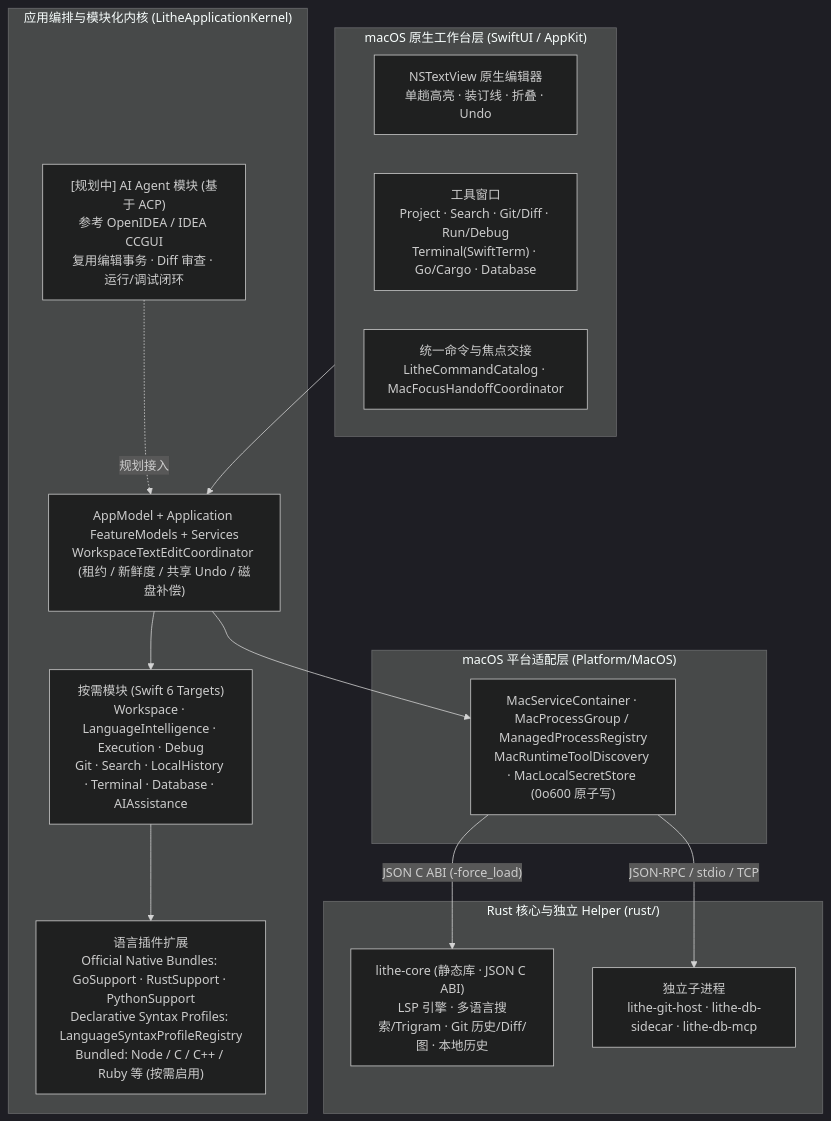
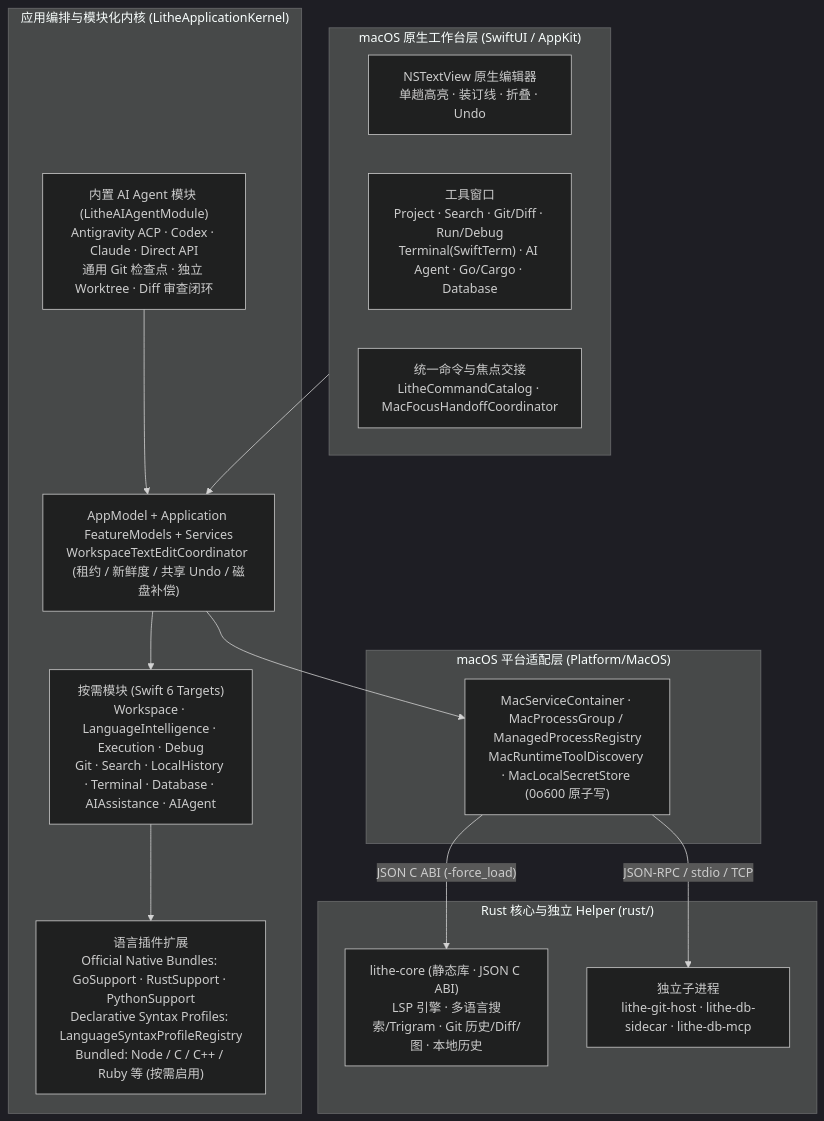
Before and after one commit to JimWen/Lithe-IDEA: the diagram in docs/architecture/goland-parity-implementation.md, drawn with Mermaid (dark theme). The commit also changed other lines of this file and 3 other files, not shown here.

Commit message:
docs: sync AI Agent (T3 Code + Antigravity ACP) architecture, roadmap, and README

````diff
--- a/docs/architecture/goland-parity-implementation.md
+++ b/docs/architecture/goland-parity-implementation.md
@@ -20,32 +20,32 @@
 ```mermaid
 flowchart TB
     subgraph UI["macOS 原生工作台层 (SwiftUI / AppKit)"]
         Editor["NSTextView 原生编辑器\n单趟高亮 · 装订线 · 折叠 · Undo"]
-        Panels["工具窗口\nProject · Search · Git/Diff · Run/Debug\nTerminal(SwiftTerm) · Go/Cargo · Database"]
+        Panels["工具窗口\nProject · Search · Git/Diff · Run/Debug\nTerminal(SwiftTerm) · AI Agent · Go/Cargo · Database"]
         Cmd["统一命令与焦点交接\nLitheCommandCatalog · MacFocusHandoffCoordinator"]
     end
 
     subgraph App["应用编排与模块化内核 (LitheApplicationKernel)"]
         AppModel["AppModel + Application FeatureModels + Services\nWorkspaceTextEditCoordinator (租约 / 新鲜度 / 共享 Undo / 磁盘补偿)"]
-        Modules["按需模块 (Swift 6 Targets)\nWorkspace · LanguageIntelligence · Execution · Debug\nGit · Search · LocalHistory · Terminal · Database · AIAssistance"]
+        Modules["按需模块 (Swift 6 Targets)\nWorkspace · LanguageIntelligence · Execution · Debug\nGit · Search · LocalHistory · Terminal · Database · AIAssistance · AIAgent"]
         Plugins["语言插件扩展\nOfficial Native Bundles: GoSupport · RustSupport · PythonSupport\nDeclarative Syntax Profiles: LanguageSyntaxProfileRegistry\nBundled: Node / C / C++ / Ruby 等 (按需启用)"]
-        FutureACP["[规划中] AI Agent 模块 (基于 ACP)\n参考 OpenIDEA / IDEA CCGUI\n复用编辑事务 · Diff 审查 · 运行/调试闭环"]
+        AIAgent["内置 AI Agent 模块 (LitheAIAgentModule)\nAntigravity ACP · Codex · Claude · Direct API\n通用 Git 检查点 · 独立 Worktree · Diff 审查闭环"]
     end
 
     subgraph Platform["macOS 平台适配层 (Platform/MacOS)"]
         Adapters["MacServiceContainer · MacProcessGroup / ManagedProcessRegistry\nMacRuntimeToolDiscovery · MacLocalSecretStore (0o600 原子写)"]
     end
 
     subgraph Rust["Rust 核心与独立 Helper (rust/)"]
         Core["lithe-core (静态库 · JSON C ABI)\nLSP 引擎 · 多语言搜索/Trigram · Git 历史/Diff/图 · 本地历史"]
         Helpers["独立子进程\nlithe-git-host · lithe-db-sidecar · lithe-db-mcp"]
     end
 
     UI --> AppModel
     AppModel --> Modules
     Modules --> Plugins
-    FutureACP -.->|"规划接入"| AppModel
+    AIAgent --> AppModel
     AppModel --> Adapters
     Adapters -->|"JSON C ABI (-force_load)"| Core
     Adapters -->|"JSON-RPC / stdio / TCP"| Helpers
 ```
````
